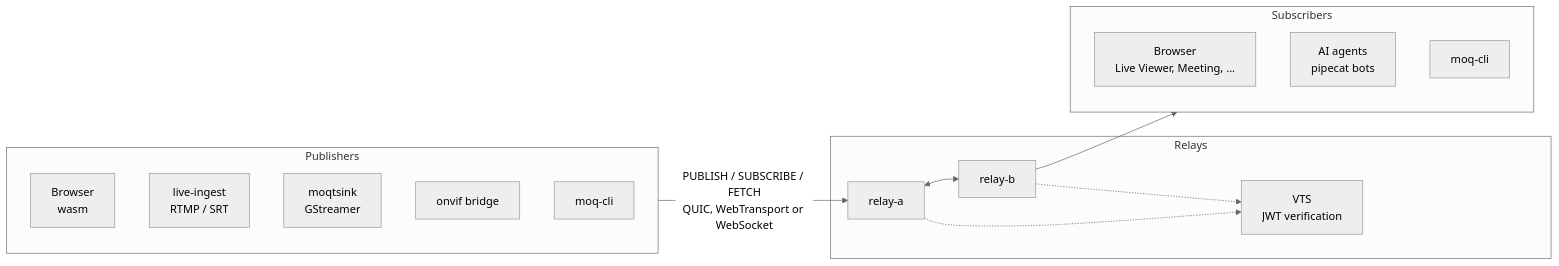
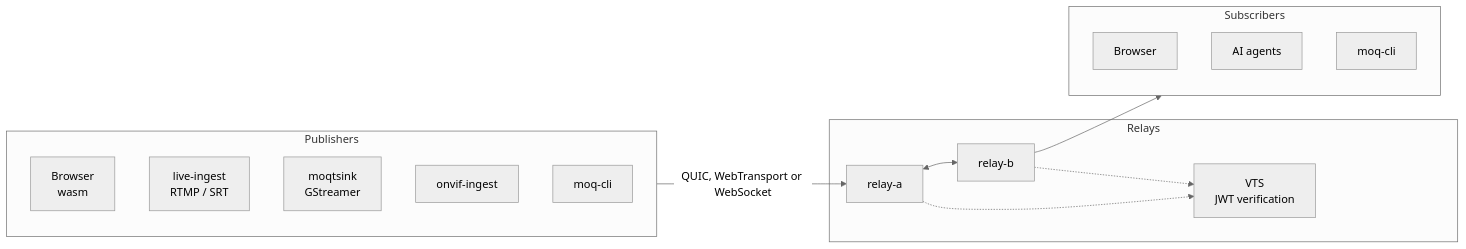
Before and after one commit to nttcom/moq-wasm: the diagram in README.md, drawn with Mermaid (neutral theme). The commit also changed other lines of this file and 33 other files, not shown here.

````diff
--- a/README.md
+++ b/README.md
@@ -90,23 +61,23 @@
 ```mermaid
 flowchart LR
     subgraph Publishers
         B1[Browser<br/>wasm]
         LI[live-ingest<br/>RTMP / SRT]
         GS[moqtsink<br/>GStreamer]
-        ON[onvif bridge]
+        ON[onvif-ingest]
         CLI[moq-cli]
     end
     subgraph Relays
         RA[relay-a] <--> RB[relay-b]
         VTS[VTS<br/>JWT verification]
         RA -.-> VTS
         RB -.-> VTS
     end
     subgraph Subscribers
-        B2[Browser<br/>Live Viewer, Meeting, ...]
-        BOT[AI agents<br/>pipecat bots]
+        B2[Browser]
+        BOT[AI agents]
         CLI2[moq-cli]
     end
-    Publishers -- PUBLISH / SUBSCRIBE / FETCH<br/>QUIC, WebTransport or WebSocket --> RA
+    Publishers -- QUIC, WebTransport or WebSocket --> RA
     RB --> Subscribers
 ```
````
